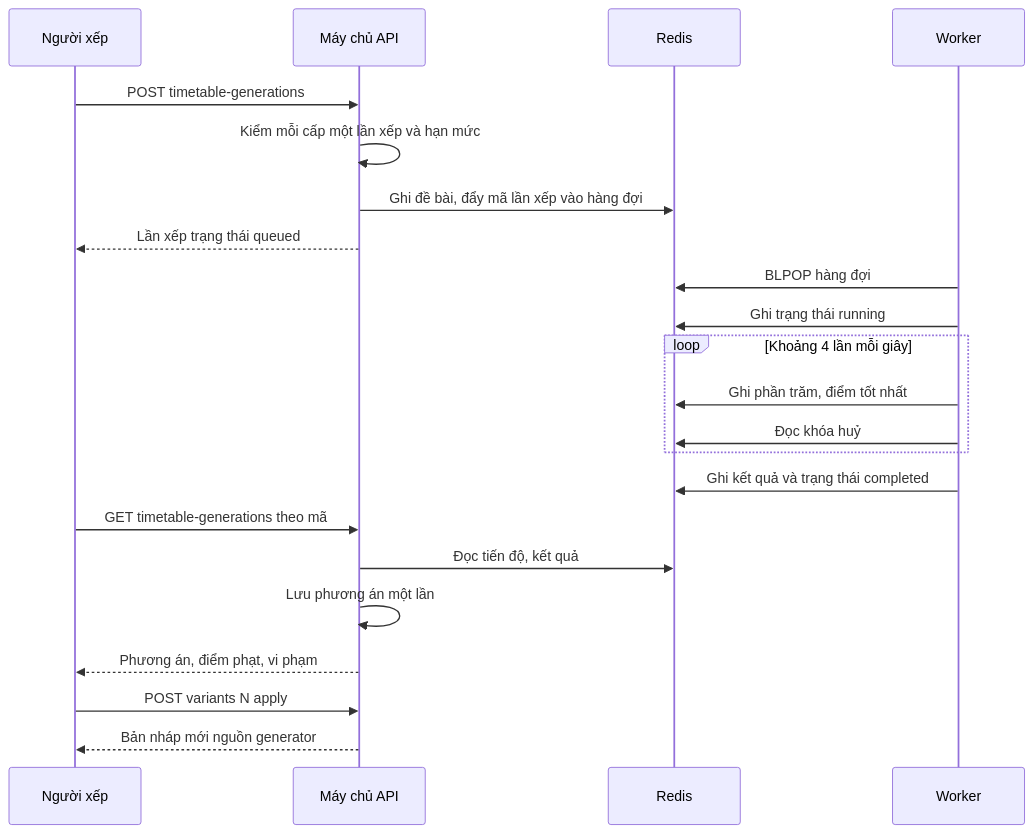
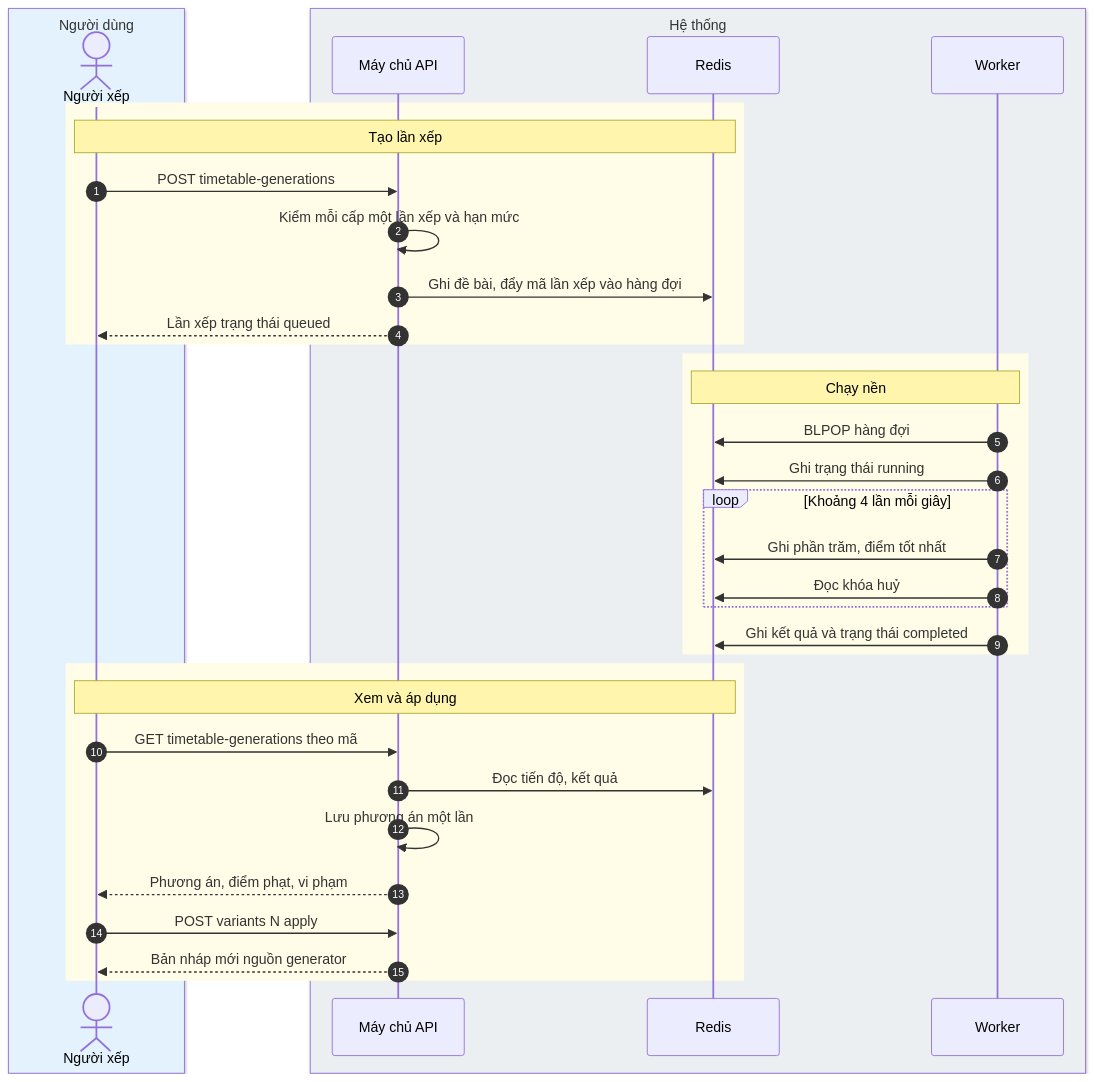
Before and after one commit to luckyshopvn/school_management: the second of 17 diagrams in tai_lieu/34_TONG_HOP_CHUC_NANG_HE_THONG/03_DAY_HOC_VA_KIEM_TRA_DANH_GIA.md, drawn with Mermaid. The commit also changed other lines of this file and 8 other files, not shown here.

````diff
--- a/tai_lieu/34_TONG_HOP_CHUC_NANG_HE_THONG/03_DAY_HOC_VA_KIEM_TRA_DANH_GIA.md
+++ b/tai_lieu/34_TONG_HOP_CHUC_NANG_HE_THONG/03_DAY_HOC_VA_KIEM_TRA_DANH_GIA.md
@@ -348,24 +395,38 @@
 ```mermaid
 sequenceDiagram
-    participant ND as Người xếp
+  autonumber
+  box rgb(227,242,253) Người dùng
+    actor ND as Người xếp
+  end
+  box rgb(236,239,241) Hệ thống
     participant API as Máy chủ API
     participant RD as Redis
     participant WK as Worker
+  end
+  rect rgb(255,253,231)
+    Note over ND,RD: Tạo lần xếp
     ND->>API: POST timetable-generations
     API->>API: Kiểm mỗi cấp một lần xếp và hạn mức
     API->>RD: Ghi đề bài, đẩy mã lần xếp vào hàng đợi
     API-->>ND: Lần xếp trạng thái queued
+  end
+  rect rgb(255,253,231)
+    Note over RD,WK: Chạy nền
     WK->>RD: BLPOP hàng đợi
     WK->>RD: Ghi trạng thái running
     loop Khoảng 4 lần mỗi giây
-        WK->>RD: Ghi phần trăm, điểm tốt nhất
-        WK->>RD: Đọc khóa huỷ
+      WK->>RD: Ghi phần trăm, điểm tốt nhất
+      WK->>RD: Đọc khóa huỷ
     end
     WK->>RD: Ghi kết quả và trạng thái completed
+  end
+  rect rgb(255,253,231)
+    Note over ND,RD: Xem và áp dụng
     ND->>API: GET timetable-generations theo mã
     API->>RD: Đọc tiến độ, kết quả
     API->>API: Lưu phương án một lần
     API-->>ND: Phương án, điểm phạt, vi phạm
     ND->>API: POST variants N apply
     API-->>ND: Bản nháp mới nguồn generator
+  end
 ```
````
